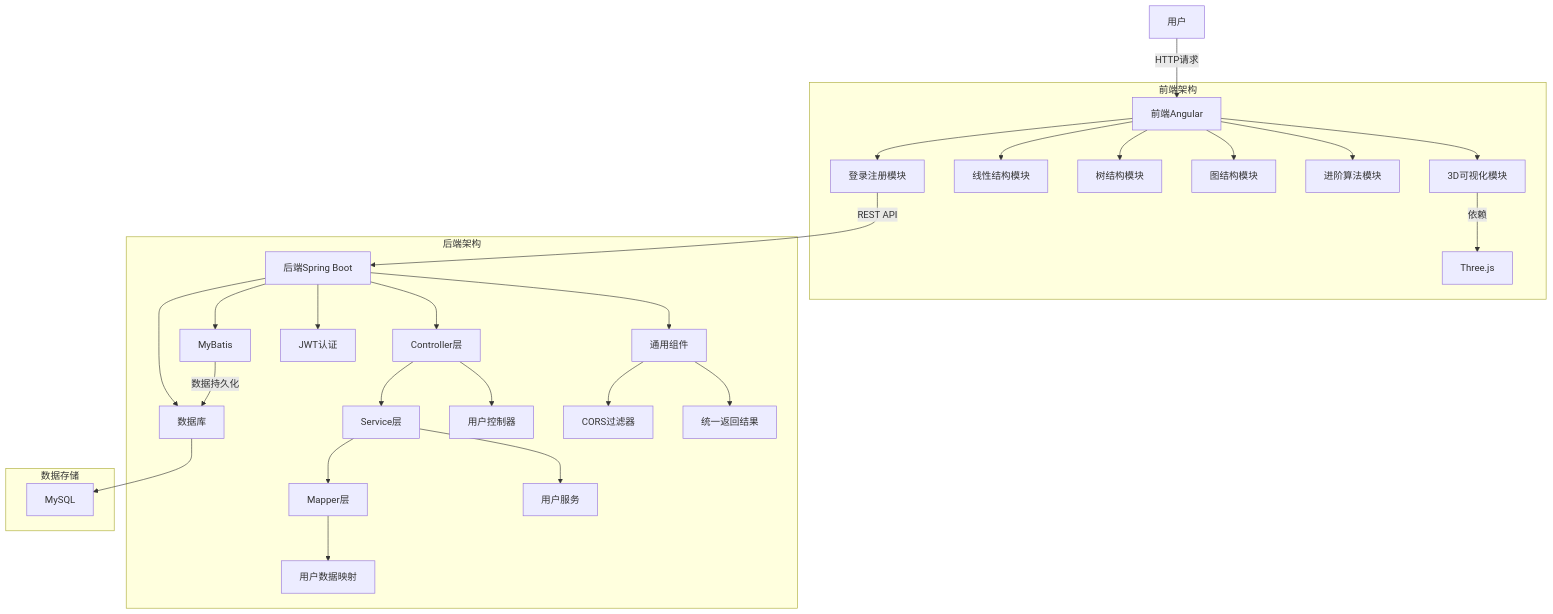
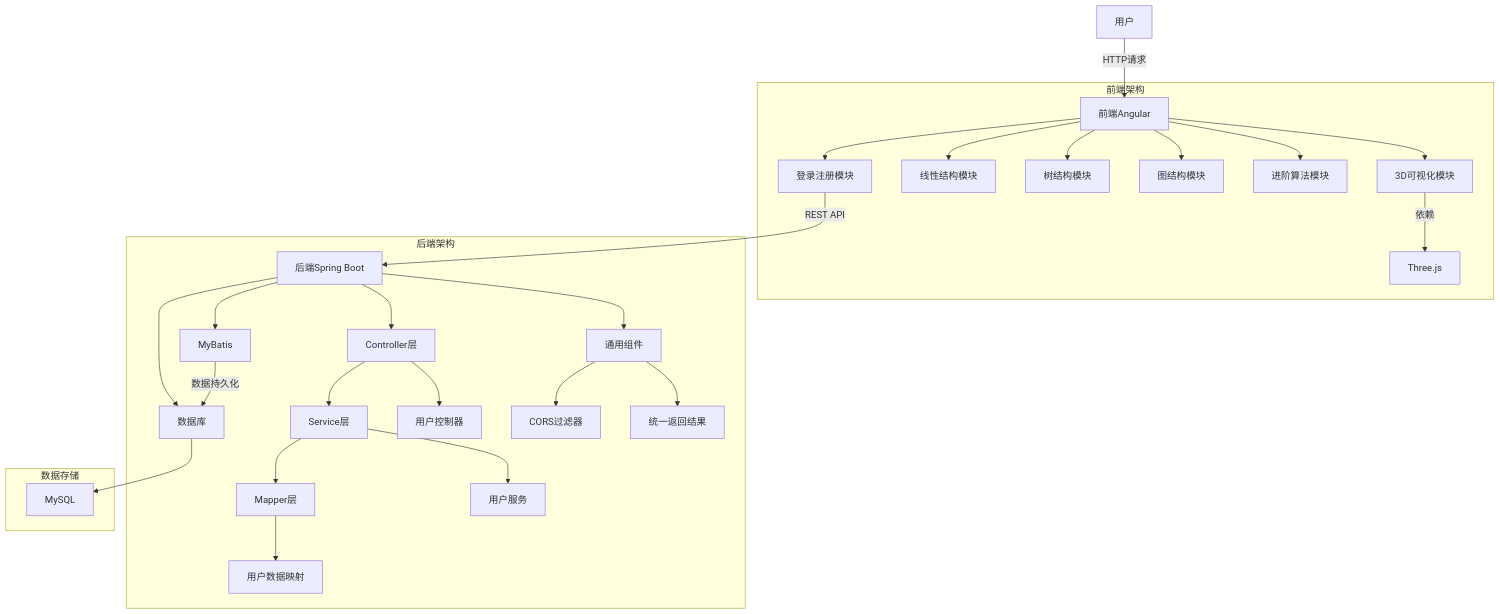
One commit to redskirt1/ds-visualizer changed the diagram in pj_report.md. Above: the diagram before and after it, drawn with Mermaid.

Commit message:
架构图v1.1

````diff
--- a/pj_report.md
+++ b/pj_report.md
@@ -15,39 +15,38 @@
 ```mermaid
 graph TD
     A[用户] -->|HTTP请求| B[前端Angular]
     B1[登录注册模块] -->|REST API| C[后端Spring Boot]
     C --> D[数据库]
 
     subgraph 前端架构
         B --> B1[登录注册模块]
         B --> B2[线性结构模块]
         B --> B3[树结构模块]
         B --> B4[图结构模块]
         B --> B5[进阶算法模块]
         B --> B6[3D可视化模块]
 
         B6 -->|依赖| B10[Three.js]
     end
 
     subgraph 后端架构
         C --> C1[Controller层]
         C1 --> C2[Service层]
         C2 --> C3[Mapper层]
 
         C1 --> C11[用户控制器]
         C2 --> C21[用户服务]
         C3 --> C31[用户数据映射]
 
         C --> C4[通用组件]
         C4 --> C41[CORS过滤器]
         C4 --> C42[统一返回结果]
 
-        C --> C5[JWT认证]
         C --> C6[MyBatis]
         C6 -->|数据持久化| D
     end
 
     subgraph 数据存储
         D --> D1[MySQL]
     end
 ```
````
